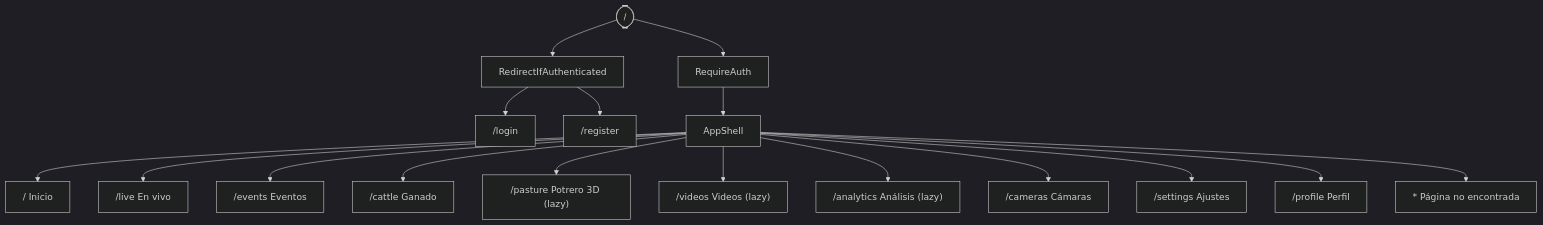
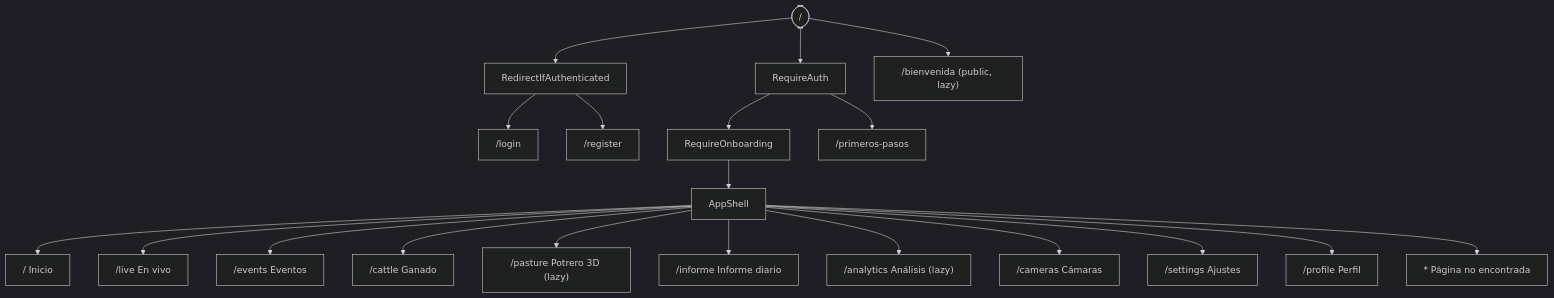
One commit to GUERRREROALEXANDER/fronted-SmartCattle changed the fifth of 9 diagrams in README.md. Above: the diagram before and after it, drawn with Mermaid (dark theme). The commit also changed other lines of this file and 19 other files, not shown here.

````diff
--- a/README.md
+++ b/README.md
@@ -456,19 +459,22 @@
 ```mermaid
 flowchart TB
     root(["/"]) --> pub["RedirectIfAuthenticated"]
     root --> priv["RequireAuth"]
+    root --> land["/bienvenida (public, lazy)"]
     pub --> login["/login"]
     pub --> register["/register"]
-    priv --> shell["AppShell"]
+    priv --> first["RequireOnboarding"]
+    priv --> onb["/primeros-pasos"]
+    first --> shell["AppShell"]
     shell --> d["/ Inicio"]
     shell --> m["/live En vivo"]
     shell --> e["/events Eventos"]
     shell --> c["/cattle Ganado"]
     shell --> pa["/pasture Potrero 3D (lazy)"]
-    shell --> v["/videos Videos (lazy)"]
+    shell --> inf["/informe Informe diario"]
     shell --> an["/analytics Análisis (lazy)"]
     shell --> cam["/cameras Cámaras"]
     shell --> s["/settings Ajustes"]
     shell --> p["/profile Perfil"]
     shell --> nf["* Página no encontrada"]
 ```
````
